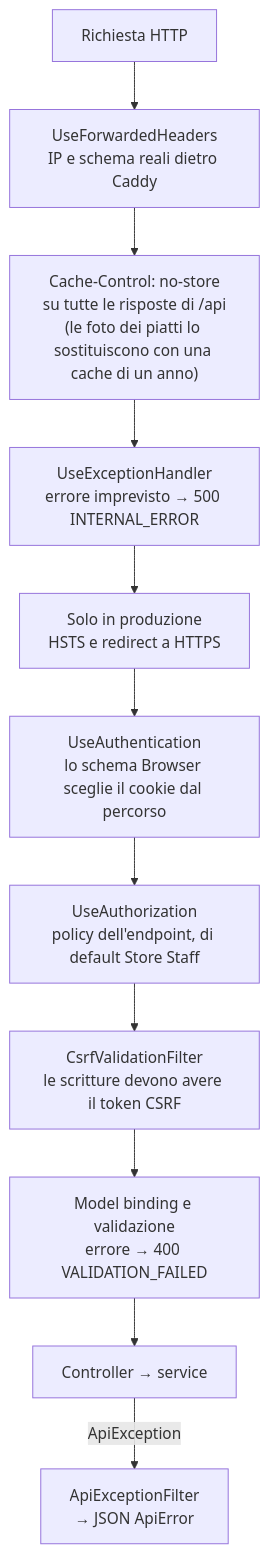
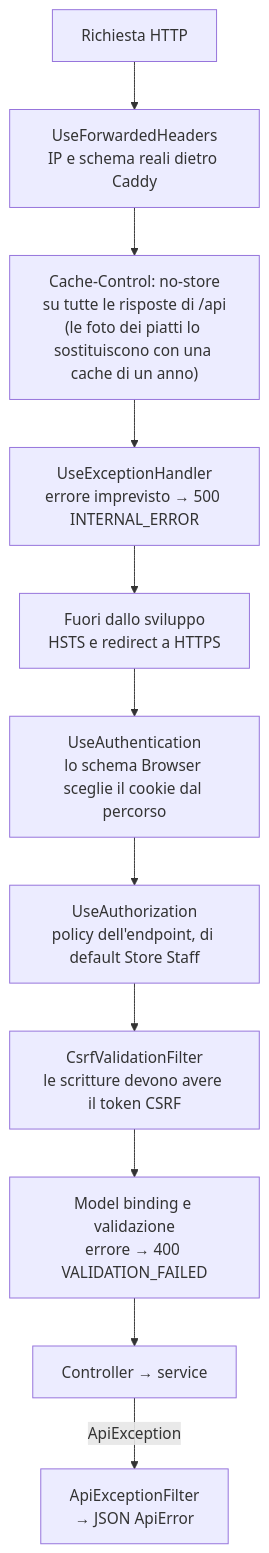
Before and after one commit to lorenzoyang/TavoloFlow: the second of 4 diagrams in docs/it/development-notes.md, drawn with Mermaid. The commit also changed other lines of this file and 27 other files, not shown here.

````diff
--- a/docs/it/development-notes.md
+++ b/docs/it/development-notes.md
@@ -199,13 +199,13 @@
 ```mermaid
 flowchart TD
   R["Richiesta HTTP"] --> FH["UseForwardedHeaders<br>IP e schema reali dietro Caddy"]
   FH --> NS["Cache-Control: no-store<br>su tutte le risposte di /api<br>(le foto dei piatti lo sostituiscono con una cache di un anno)"]
   NS --> EX["UseExceptionHandler<br>errore imprevisto → 500 INTERNAL_ERROR"]
-  EX --> HS["Solo in produzione<br>HSTS e redirect a HTTPS"]
+  EX --> HS["Fuori dallo sviluppo<br>HSTS e redirect a HTTPS"]
   HS --> AU["UseAuthentication<br>lo schema Browser sceglie il cookie dal percorso"]
   AU --> AZ["UseAuthorization<br>policy dell'endpoint, di default Store Staff"]
   AZ --> CS["CsrfValidationFilter<br>le scritture devono avere il token CSRF"]
   CS --> MB["Model binding e validazione<br>errore → 400 VALIDATION_FAILED"]
   MB --> CT["Controller → service"]
   CT -->|"ApiException"| EF["ApiExceptionFilter<br>→ JSON ApiError"]
 ```
````
